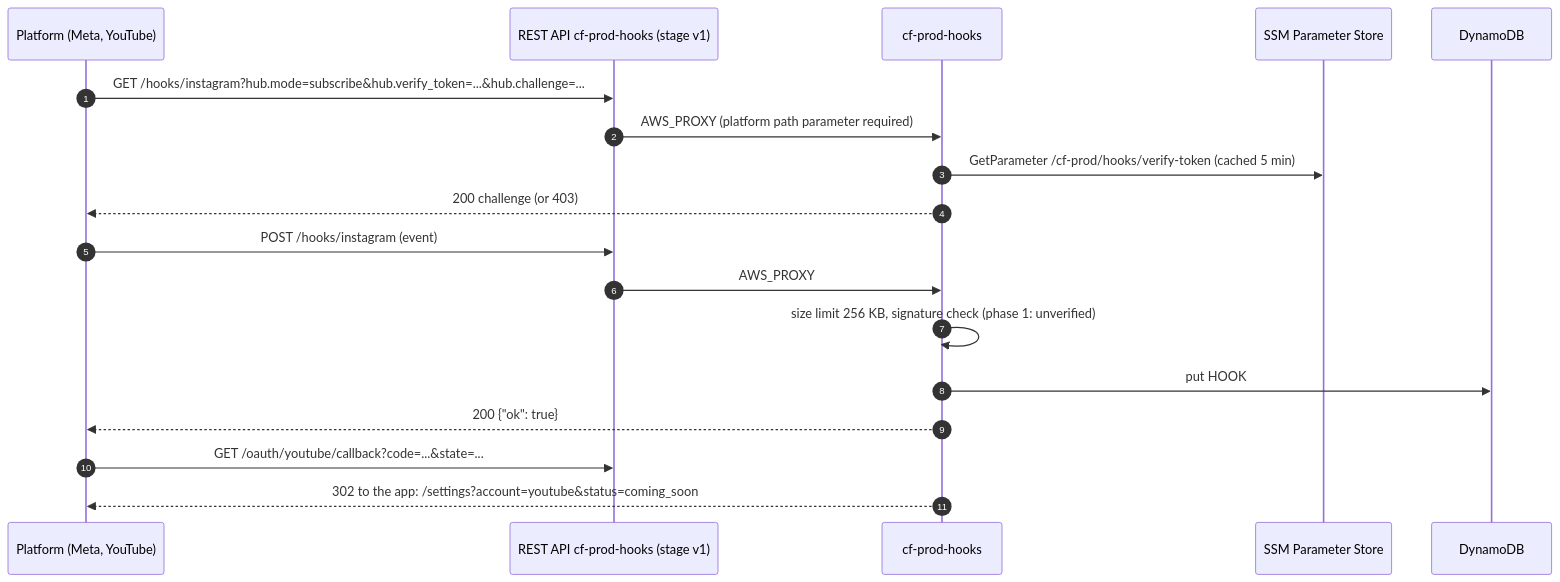
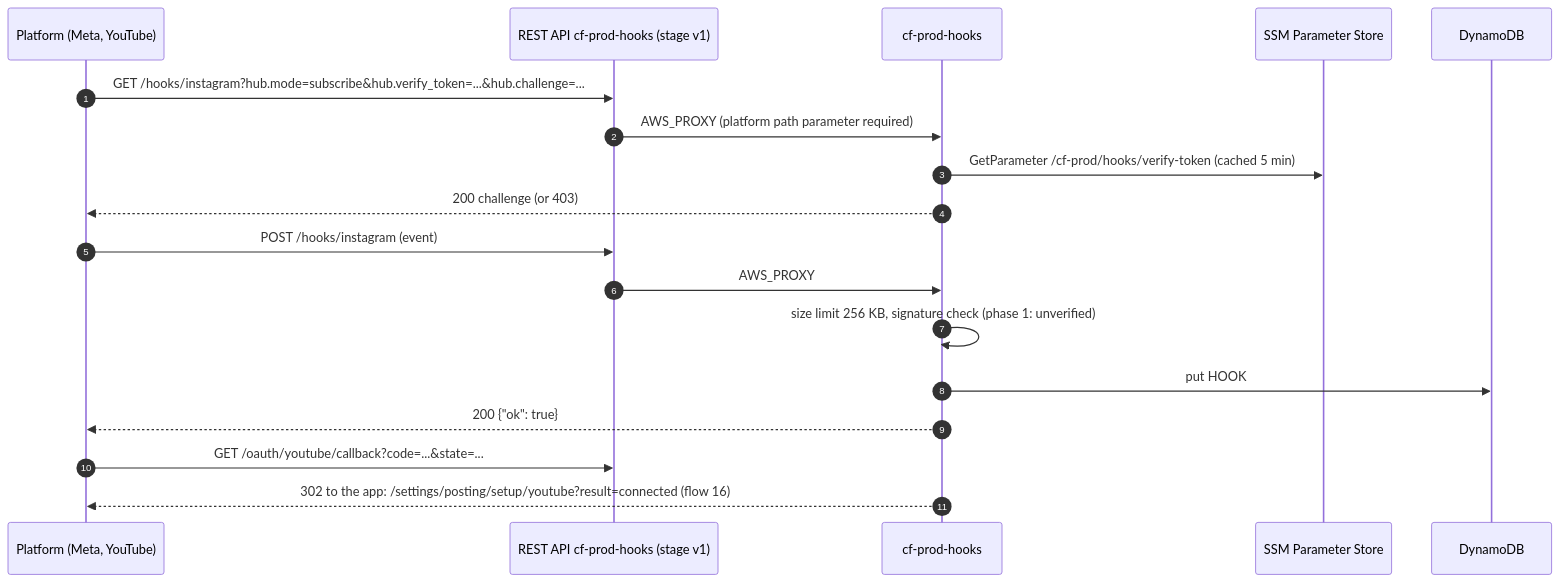
Diagram 11 of 19 in docs/ARCHITECTURE.md (Lamo2real/clip-factory), drawn with Mermaid before and after one commit. The commit also changed other lines of this file and 13 other files, not shown here.

First line of the commit message:
Document posting setup per platform

````diff
--- a/docs/ARCHITECTURE.md
+++ b/docs/ARCHITECTURE.md
@@ -439,20 +460,20 @@
 ```mermaid
 sequenceDiagram
   autonumber
   participant P as Platform (Meta, YouTube)
   participant G as REST API cf-prod-hooks (stage v1)
   participant H as cf-prod-hooks
   participant S as SSM Parameter Store
   participant D as DynamoDB
   P->>G: GET /hooks/instagram?hub.mode=subscribe&hub.verify_token=...&hub.challenge=...
   G->>H: AWS_PROXY (platform path parameter required)
   H->>S: GetParameter /cf-prod/hooks/verify-token (cached 5 min)
   H-->>P: 200 challenge (or 403)
   P->>G: POST /hooks/instagram (event)
   G->>H: AWS_PROXY
   H->>H: size limit 256 KB, signature check (phase 1: unverified)
   H->>D: put HOOK#instagram event, ttl 14 days
   H-->>P: 200 {"ok": true}
   P->>G: GET /oauth/youtube/callback?code=...&state=...
-  H-->>P: 302 to the app: /settings?account=youtube&status=coming_soon
+  H-->>P: 302 to the app: /settings/posting/setup/youtube?result=connected (flow 16)
 ```
````
